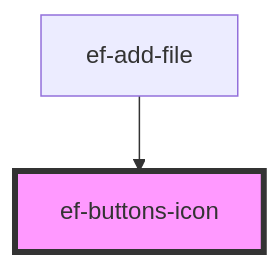
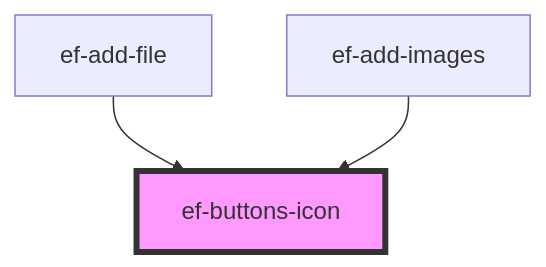
Before and after one commit to 4CodersColombia/every-framework-components: the diagram in src/components/ef-buttons-icon/readme.md, drawn with Mermaid. The commit also changed other lines of this file and 12 other files, not shown here.

````diff
--- a/src/components/ef-buttons-icon/readme.md
+++ b/src/components/ef-buttons-icon/readme.md
@@ -30,5 +31,6 @@
 ```mermaid
 graph TD;
   ef-add-file --> ef-buttons-icon
+  ef-add-images --> ef-buttons-icon
   style ef-buttons-icon fill:#f9f,stroke:#333,stroke-width:4px
 ```
````
